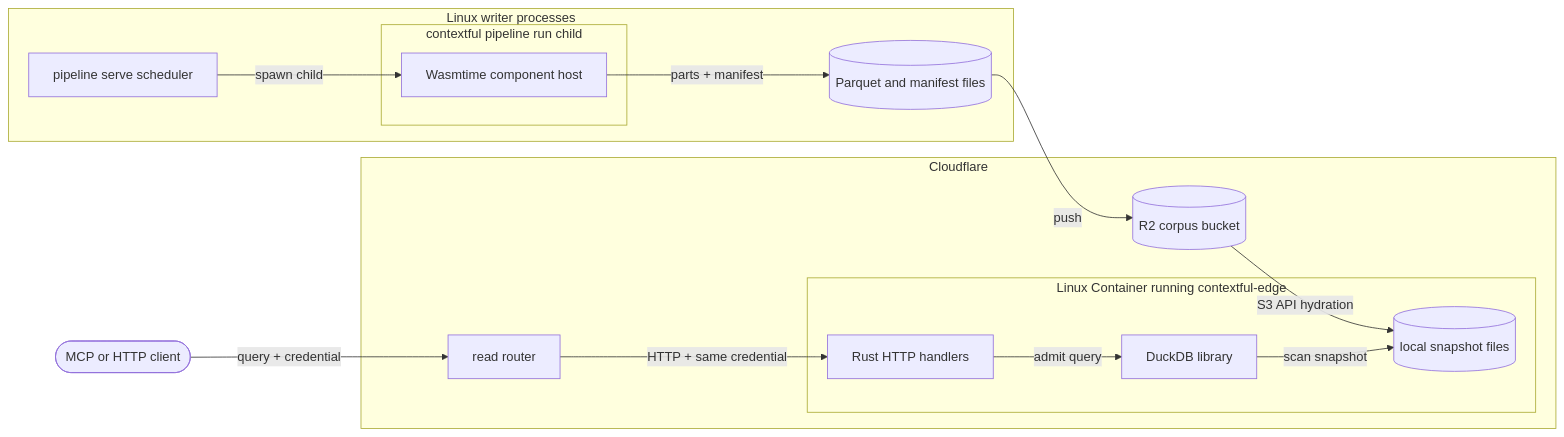
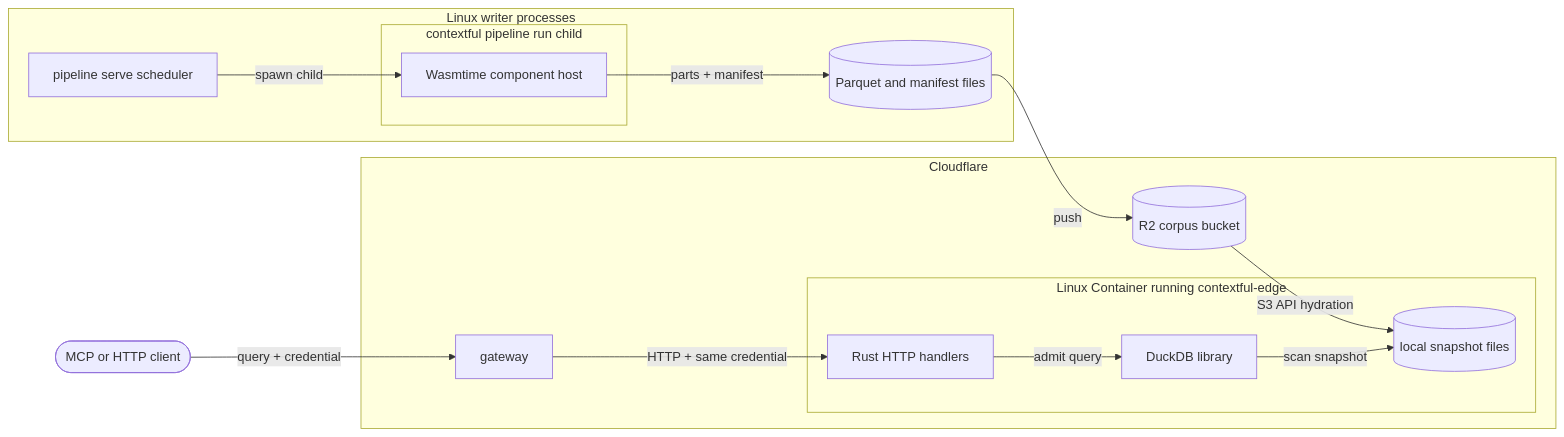
The diagram in spec/guide/topology.md (fractalboxdev/contextful), drawn with Mermaid before and after one commit. The commit also changed other lines of this file and 12 other files, not shown here.

Commit message:
spec: the front Worker is the gateway, the one name for the Worker router, routing hop and read router

````diff
--- a/spec/guide/topology.md
+++ b/spec/guide/topology.md
@@ -52,28 +53,28 @@
 ```mermaid
 flowchart LR
   CALLER(["MCP or HTTP client"]):::muted
   subgraph SERVER["Linux writer processes"]
     TICK["pipeline serve scheduler"]:::accent
     subgraph CHILD["contextful pipeline run child"]
       STEP["Wasmtime component host"]:::accent
     end
     STORE[("Parquet and manifest files")]:::store
   end
   subgraph PROV["Cloudflare"]
-    HOP["read router"]:::accent
+    GATEWAY["gateway"]:::accent
     BUCKET[("R2 corpus bucket")]:::store
     subgraph RET["Linux Container running contextful-edge"]
       FACE["Rust HTTP handlers"]:::accent
       SQL["DuckDB library"]:::accent
       COPY[("local snapshot files")]:::store
     end
   end
   TICK -- "spawn child" --> STEP
   STEP -- "parts + manifest" --> STORE
   STORE -- "push" --> BUCKET
   BUCKET -- "S3 API hydration" --> COPY
-  CALLER -- "query + credential" --> HOP
-  HOP -- "HTTP + same credential" --> FACE
+  CALLER -- "query + credential" --> GATEWAY
+  GATEWAY -- "HTTP + same credential" --> FACE
   FACE -- "admit query" --> SQL
   SQL -- "scan snapshot" --> COPY
 ```
````
